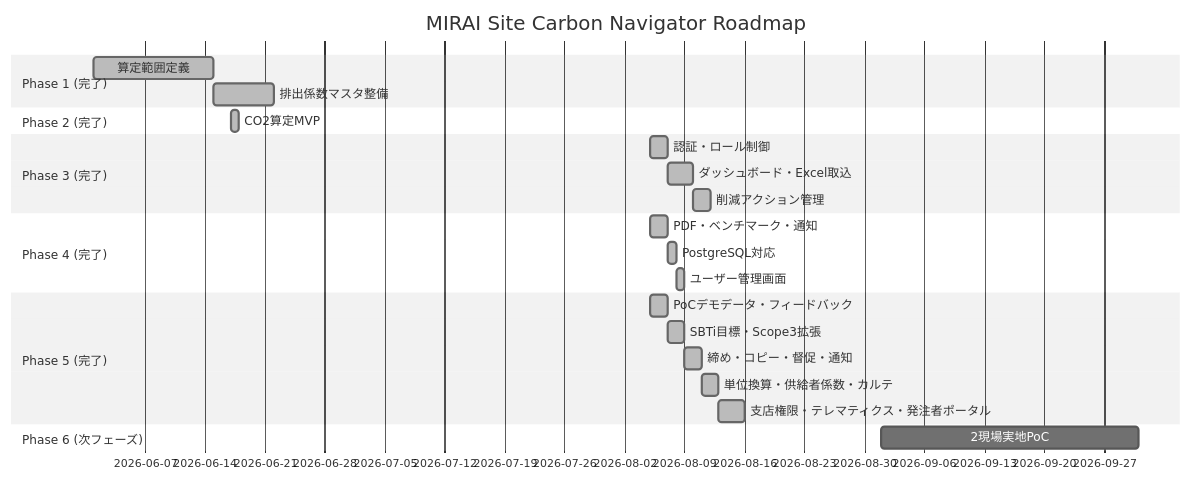
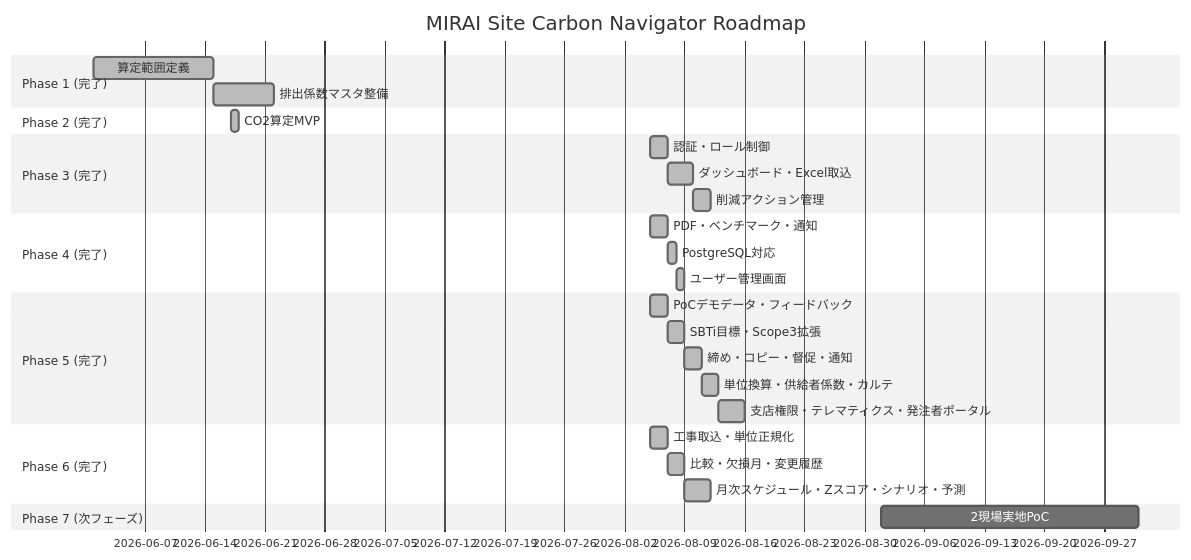
Before and after one commit to Kensan196948G/MIRAI_Site_Carbon_Navigator: the second of 2 diagrams in README.md, drawn with Mermaid (neutral theme). The commit also changed other lines of this file and 12 other files, not shown here.

Commit message:
feat: Phase6 PoC支援(工事取込/単位正規化/比較/欠損月/変更履歴/月次スケジュール/Zスコア/シナリオ/予測) 146テスト通過

````diff
--- a/README.md
+++ b/README.md
@@ -243,26 +259,30 @@
 ```mermaid
 gantt
   title MIRAI Site Carbon Navigator Roadmap
   dateFormat YYYY-MM-DD
   section Phase 1 (完了)
   算定範囲定義             :done, a1, 2026-06-01, 14d
   排出係数マスタ整備       :done, a2, after a1, 7d
   section Phase 2 (完了)
   CO2算定MVP              :done, b1, 2026-06-17, 1d
   section Phase 3 (完了)
   認証・ロール制御         :done, c1, 2026-08-05, 2d
   ダッシュボード・Excel取込 :done, c2, after c1, 3d
   削減アクション管理       :done, c3, after c2, 2d
   section Phase 4 (完了)
   PDF・ベンチマーク・通知   :done, d1, 2026-08-05, 2d
   PostgreSQL対応           :done, d2, after d1, 1d
   ユーザー管理画面          :done, d3, after d2, 1d
   section Phase 5 (完了)
   PoCデモデータ・フィードバック :done, e1, 2026-08-05, 2d
   SBTi目標・Scope3拡張        :done, e2, after e1, 2d
   締め・コピー・督促・通知     :done, e3, after e2, 2d
   単位換算・供給者係数・カルテ :done, e4, after e3, 2d
   支店権限・テレマティクス・発注者ポータル :done, e5, after e4, 3d
-  section Phase 6 (次フェーズ)
-  2現場実地PoC                :e6, 2026-09-01, 30d
+  section Phase 6 (完了)
+  工事取込・単位正規化        :done, f1, 2026-08-05, 2d
+  比較・欠損月・変更履歴      :done, f2, after f1, 2d
+  月次スケジュール・Zスコア・シナリオ・予測 :done, f3, after f2, 3d
+  section Phase 7 (次フェーズ)
+  2現場実地PoC                :g1, 2026-09-01, 30d
 ```
````
